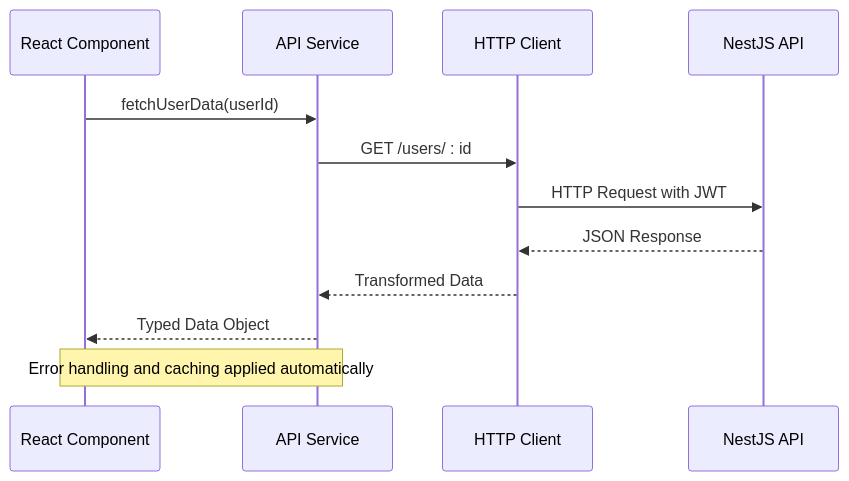
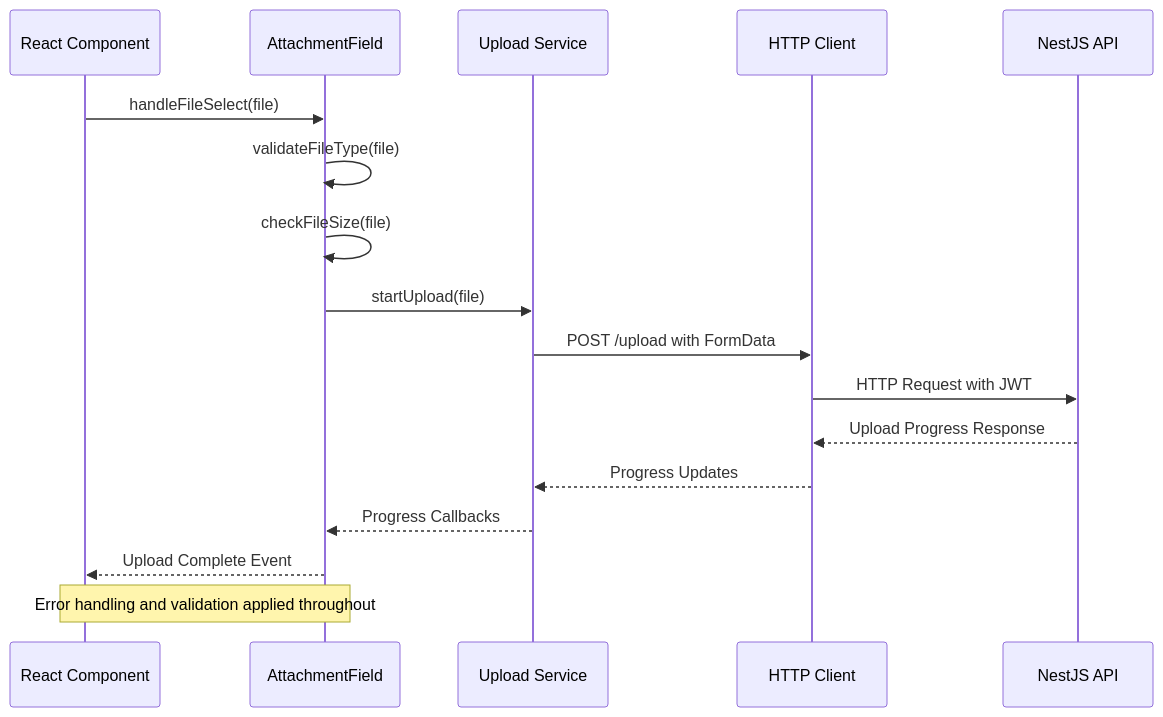
The fourth of 7 diagrams in .qoder/repowiki/en/content/Arquitetura Frontend/Arquitetura Frontend.md (RobertRuas/windlog), drawn with Mermaid before and after one commit. The commit also changed other lines of this file and 136 other files, not shown here.

````diff
--- a/.qoder/repowiki/en/content/Arquitetura Frontend/Arquitetura Frontend.md
+++ b/.qoder/repowiki/en/content/Arquitetura Frontend/Arquitetura Frontend.md
@@ -243,14 +327,19 @@
 ```mermaid
 sequenceDiagram
 participant Component as React Component
-participant Service as API Service
+participant AttachmentField as AttachmentField
+participant UploadService as Upload Service
 participant ApiClient as HTTP Client
 participant Backend as NestJS API
-Component->>Service : fetchUserData(userId)
-Service->>ApiClient : GET /users/ : id
+Component->>AttachmentField : handleFileSelect(file)
+AttachmentField->>AttachmentField : validateFileType(file)
+AttachmentField->>AttachmentField : checkFileSize(file)
+AttachmentField->>UploadService : startUpload(file)
+UploadService->>ApiClient : POST /upload with FormData
 ApiClient->>Backend : HTTP Request with JWT
-Backend-->>ApiClient : JSON Response
-ApiClient-->>Service : Transformed Data
-Service-->>Component : Typed Data Object
-Note over Component,Service : Error handling and caching applied automatically
+Backend-->>ApiClient : Upload Progress Response
+ApiClient-->>UploadService : Progress Updates
+UploadService-->>AttachmentField : Progress Callbacks
+AttachmentField-->>Component : Upload Complete Event
+Note over Component,AttachmentField : Error handling and validation applied throughout
 ```
````
